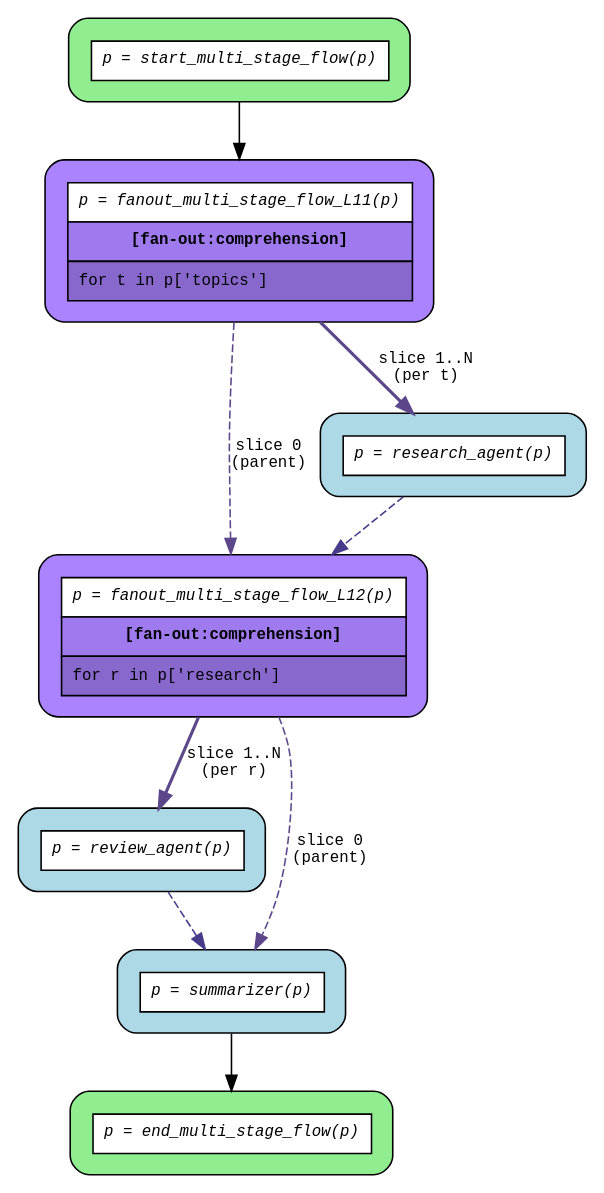
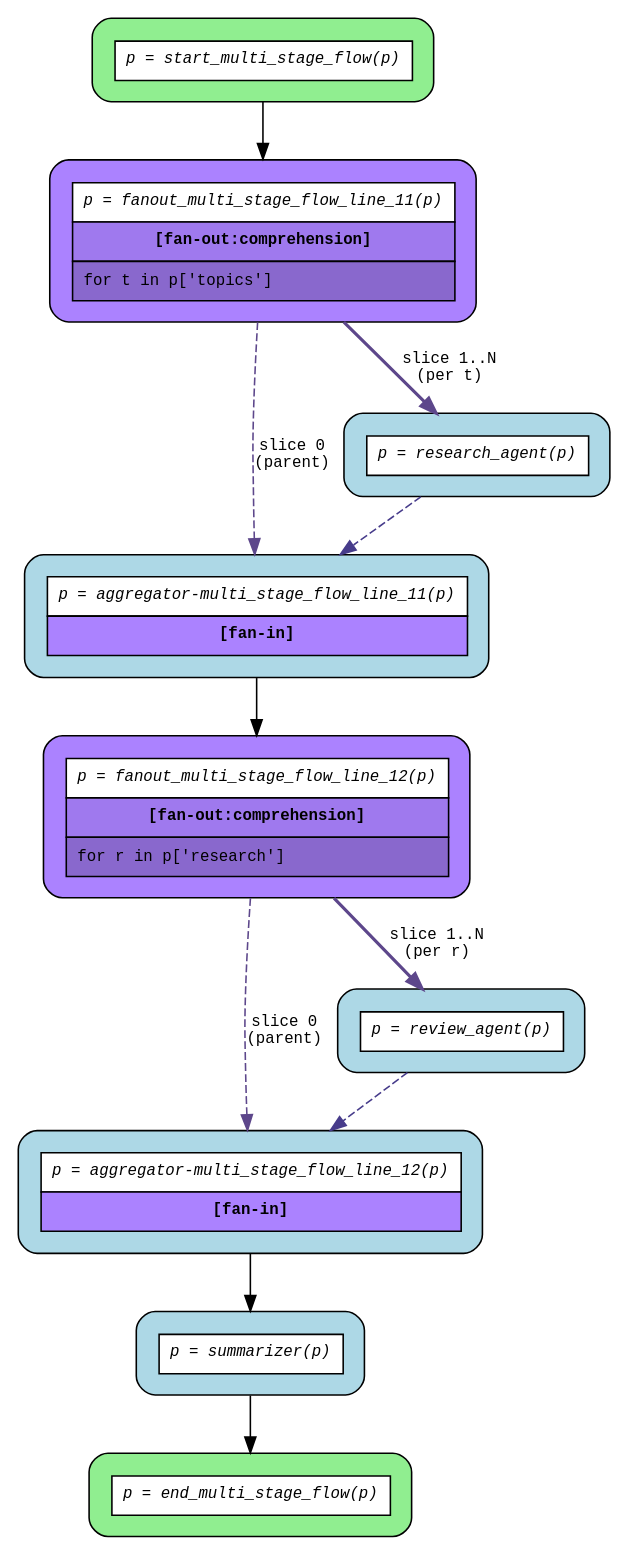
The diagram in examples/flows/compiled/fanout_sequential/flow.dot (deliveryhero/asya), drawn with Graphviz before and after one commit. The commit also changed 22 other files, not shown here.

```diff
--- a/examples/flows/compiled/fanout_sequential/flow.dot
+++ b/examples/flows/compiled/fanout_sequential/flow.dot
@@ -1,23 +1,27 @@
 digraph flow {
   rankdir=TB;
   graph [fontname="Courier", fontsize=10];
   node [fontname="Courier", fontsize=10, shape=box, style="filled,rounded", margin="0.2"];
   edge [fontname="Courier", fontsize=10];
 
   start_multi_stage_flow [fillcolor="lightgreen", label=<<table border="0" cellspacing="0" cellpadding="6" cellborder="1"><tr><td bgcolor="white" align="center"><i>p = start_multi_stage_flow(p)</i></td></tr></table>>];
-  fanout_multi_stage_flow_L12 [fillcolor="mediumpurple1", label=<<table border="0" cellspacing="0" cellpadding="6" cellborder="1"><tr><td bgcolor="white" align="center"><i>p = fanout_multi_stage_flow_L12(p)</i></td></tr><tr><td bgcolor="mediumpurple2" align="center"><b>[fan-out:comprehension]</b></td></tr><tr><td bgcolor="mediumpurple3" align="left">for r in p['research']</td></tr></table>>];
-  fanout_multi_stage_flow_L11 [fillcolor="mediumpurple1", label=<<table border="0" cellspacing="0" cellpadding="6" cellborder="1"><tr><td bgcolor="white" align="center"><i>p = fanout_multi_stage_flow_L11(p)</i></td></tr><tr><td bgcolor="mediumpurple2" align="center"><b>[fan-out:comprehension]</b></td></tr><tr><td bgcolor="mediumpurple3" align="left">for t in p['topics']</td></tr></table>>];
+  fanout_multi_stage_flow_line_12 [fillcolor="mediumpurple1", label=<<table border="0" cellspacing="0" cellpadding="6" cellborder="1"><tr><td bgcolor="white" align="center"><i>p = fanout_multi_stage_flow_line_12(p)</i></td></tr><tr><td bgcolor="mediumpurple2" align="center"><b>[fan-out:comprehension]</b></td></tr><tr><td bgcolor="mediumpurple3" align="left">for r in p['research']</td></tr></table>>];
+  fanout_multi_stage_flow_line_11 [fillcolor="mediumpurple1", label=<<table border="0" cellspacing="0" cellpadding="6" cellborder="1"><tr><td bgcolor="white" align="center"><i>p = fanout_multi_stage_flow_line_11(p)</i></td></tr><tr><td bgcolor="mediumpurple2" align="center"><b>[fan-out:comprehension]</b></td></tr><tr><td bgcolor="mediumpurple3" align="left">for t in p['topics']</td></tr></table>>];
   end_multi_stage_flow [fillcolor="lightgreen", label=<<table border="0" cellspacing="0" cellpadding="6" cellborder="1"><tr><td bgcolor="white" align="center"><i>p = end_multi_stage_flow(p)</i></td></tr></table>>];
+  aggregator_multi_stage_flow_line_11 [fillcolor="lightblue", label=<<table border="0" cellspacing="0" cellpadding="6" cellborder="1"><tr><td bgcolor="white" align="center"><i>p = aggregator-multi_stage_flow_line_11(p)</i></td></tr><tr><td bgcolor="mediumpurple1" align="center"><b>[fan-in]</b></td></tr></table>>];
+  aggregator_multi_stage_flow_line_12 [fillcolor="lightblue", label=<<table border="0" cellspacing="0" cellpadding="6" cellborder="1"><tr><td bgcolor="white" align="center"><i>p = aggregator-multi_stage_flow_line_12(p)</i></td></tr><tr><td bgcolor="mediumpurple1" align="center"><b>[fan-in]</b></td></tr></table>>];
   research_agent [fillcolor="lightblue", label=<<table border="0" cellspacing="0" cellpadding="6" cellborder="1"><tr><td bgcolor="white" align="center"><i>p = research_agent(p)</i></td></tr></table>>];
   review_agent [fillcolor="lightblue", label=<<table border="0" cellspacing="0" cellpadding="6" cellborder="1"><tr><td bgcolor="white" align="center"><i>p = review_agent(p)</i></td></tr></table>>];
   summarizer [fillcolor="lightblue", label=<<table border="0" cellspacing="0" cellpadding="6" cellborder="1"><tr><td bgcolor="white" align="center"><i>p = summarizer(p)</i></td></tr></table>>];
 
-  fanout_multi_stage_flow_L11 -> fanout_multi_stage_flow_L12 [color=mediumpurple4, label="slice 0\n(parent)", style=dashed];
-  fanout_multi_stage_flow_L11 -> research_agent [color=mediumpurple4, label="slice 1..N\n(per t)", style=bold];
-  fanout_multi_stage_flow_L12 -> review_agent [color=mediumpurple4, label="slice 1..N\n(per r)", style=bold];
-  fanout_multi_stage_flow_L12 -> summarizer [color=mediumpurple4, label="slice 0\n(parent)", style=dashed];
-  research_agent -> fanout_multi_stage_flow_L12 [color=slateblue4, style=dashed];
-  review_agent -> summarizer [color=slateblue4, style=dashed];
-  start_multi_stage_flow -> fanout_multi_stage_flow_L11;
+  aggregator_multi_stage_flow_line_11 -> fanout_multi_stage_flow_line_12;
+  aggregator_multi_stage_flow_line_12 -> summarizer;
+  fanout_multi_stage_flow_line_11 -> aggregator_multi_stage_flow_line_11 [color=mediumpurple4, label="slice 0\n(parent)", style=dashed];
+  fanout_multi_stage_flow_line_11 -> research_agent [color=mediumpurple4, label="slice 1..N\n(per t)", style=bold];
+  fanout_multi_stage_flow_line_12 -> aggregator_multi_stage_flow_line_12 [color=mediumpurple4, label="slice 0\n(parent)", style=dashed];
+  fanout_multi_stage_flow_line_12 -> review_agent [color=mediumpurple4, label="slice 1..N\n(per r)", style=bold];
+  research_agent -> aggregator_multi_stage_flow_line_11 [color=slateblue4, style=dashed];
+  review_agent -> aggregator_multi_stage_flow_line_12 [color=slateblue4, style=dashed];
+  start_multi_stage_flow -> fanout_multi_stage_flow_line_11;
   summarizer -> end_multi_stage_flow;
 }
```
